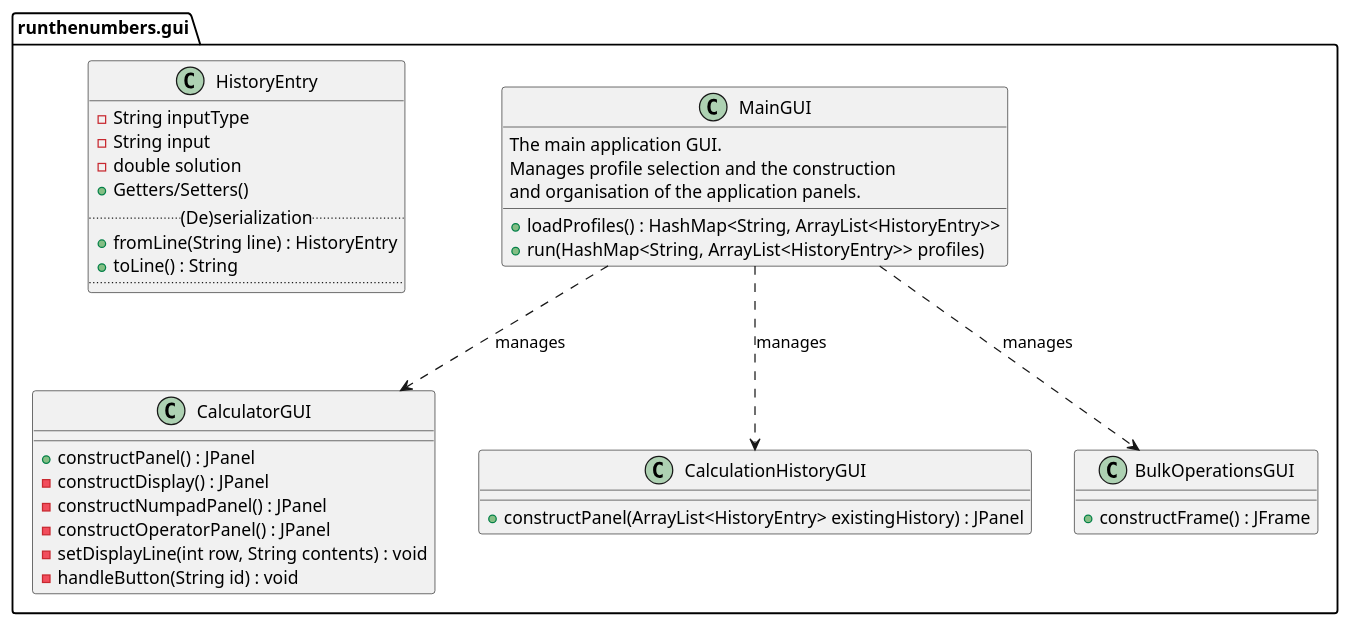
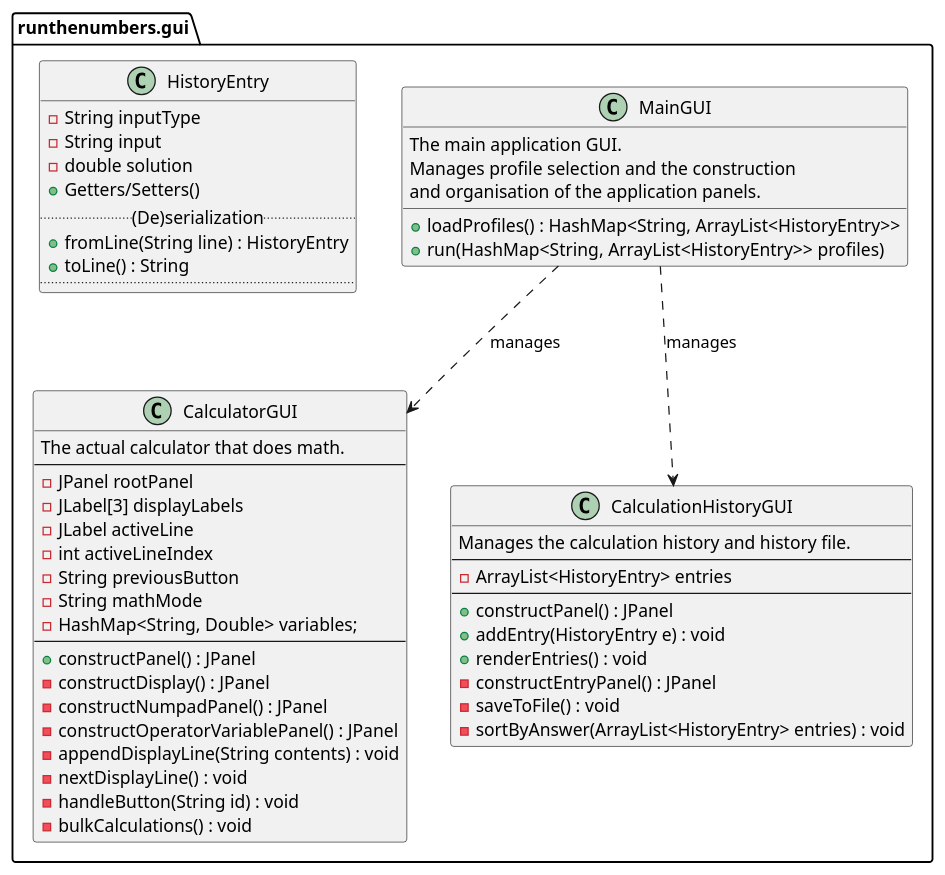
One commit to ichard26/runthenumbers changed the diagram in docs/gui.md. Above: the diagram before and after it, drawn with PlantUML. The commit also changed other lines of this file and 6 other files, not shown here.

````diff
--- a/docs/gui.md
+++ b/docs/gui.md
@@ -11,50 +12,65 @@
-```plantuml
+```{plantuml}
 set separator none
 package runthenumbers.gui {
     class MainGUI
     class CalculatorGUI
     class CalculationHistoryGUI
-    class BulkOperationsGUI
     class HistoryEntry
 }
 
 class HistoryEntry {
     -String inputType
     -String input
     -double solution
     +Getters/Setters()
     .. (De)serialization ..
     +fromLine(String line) : HistoryEntry
     +toLine() : String
     ..
 }
 
 class MainGUI {
     The main application GUI.
     Manages profile selection and the construction
     and organisation of the application panels.
 
     +loadProfiles() : HashMap<String, ArrayList<HistoryEntry>>
     +run(HashMap<String, ArrayList<HistoryEntry>> profiles)
 }
 MainGUI ..> CalculatorGUI : manages
 MainGUI ..> CalculationHistoryGUI : manages
-MainGUI ..> BulkOperationsGUI : manages
 
 class CalculatorGUI {
+    The actual calculator that does math.
+    --
+    -JPanel rootPanel
+    -JLabel[3] displayLabels
+    -JLabel activeLine
+    -int activeLineIndex
+    -String previousButton
+    -String mathMode
+    -HashMap<String, Double> variables;
+    --
     +constructPanel() : JPanel
     -constructDisplay() : JPanel
     -constructNumpadPanel() : JPanel
-    -constructOperatorPanel() : JPanel
-    -setDisplayLine(int row, String contents) : void
+    -constructOperatorVariablePanel() : JPanel
+    -appendDisplayLine(String contents) : void
+    -nextDisplayLine() : void
     -handleButton(String id) : void
+    -bulkCalculations() : void
 }
 
 class CalculationHistoryGUI {
-    +constructPanel(ArrayList<HistoryEntry> existingHistory) : JPanel
-}
-
-class BulkOperationsGUI {
-    +constructFrame() : JFrame
+    Manages the calculation history and history file.
+    --
+    -ArrayList<HistoryEntry> entries
+    --
+    +constructPanel() : JPanel
+    +addEntry(HistoryEntry e) : void
+    +renderEntries() : void
+    -constructEntryPanel() : JPanel
+    -saveToFile() : void
+    -sortByAnswer(ArrayList<HistoryEntry> entries) : void
 }
 ```
````
